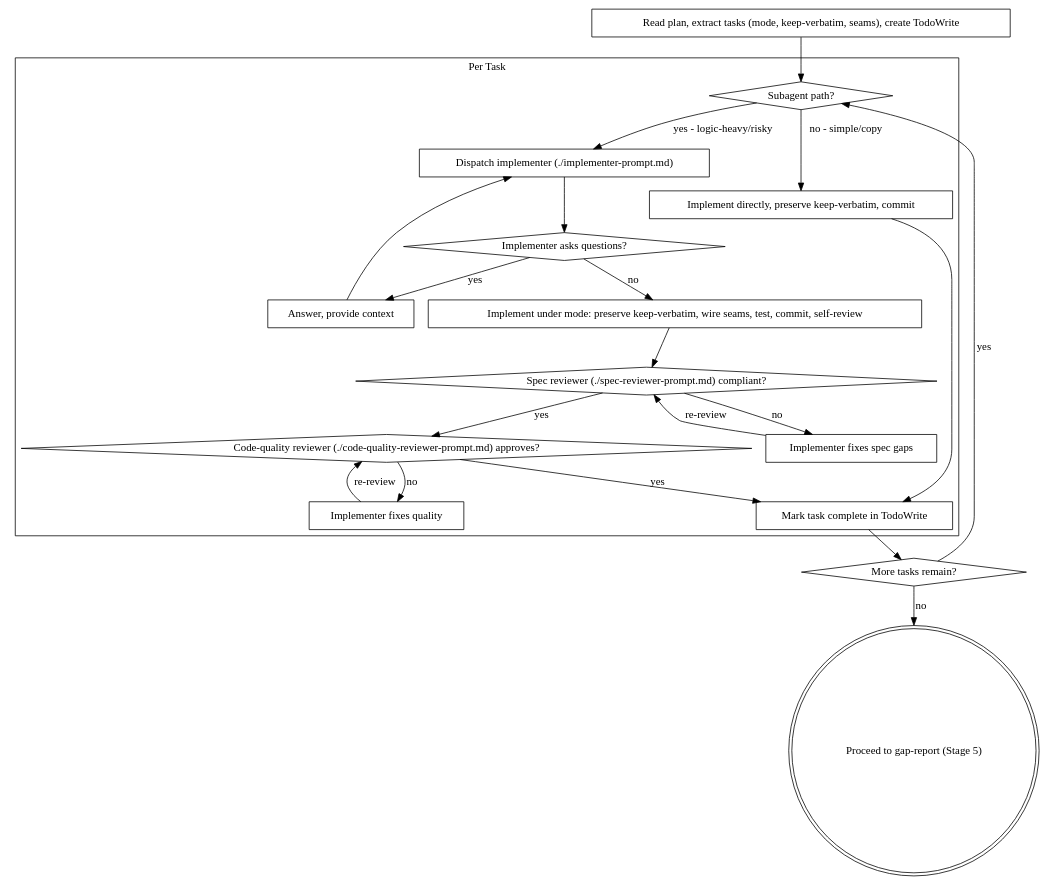
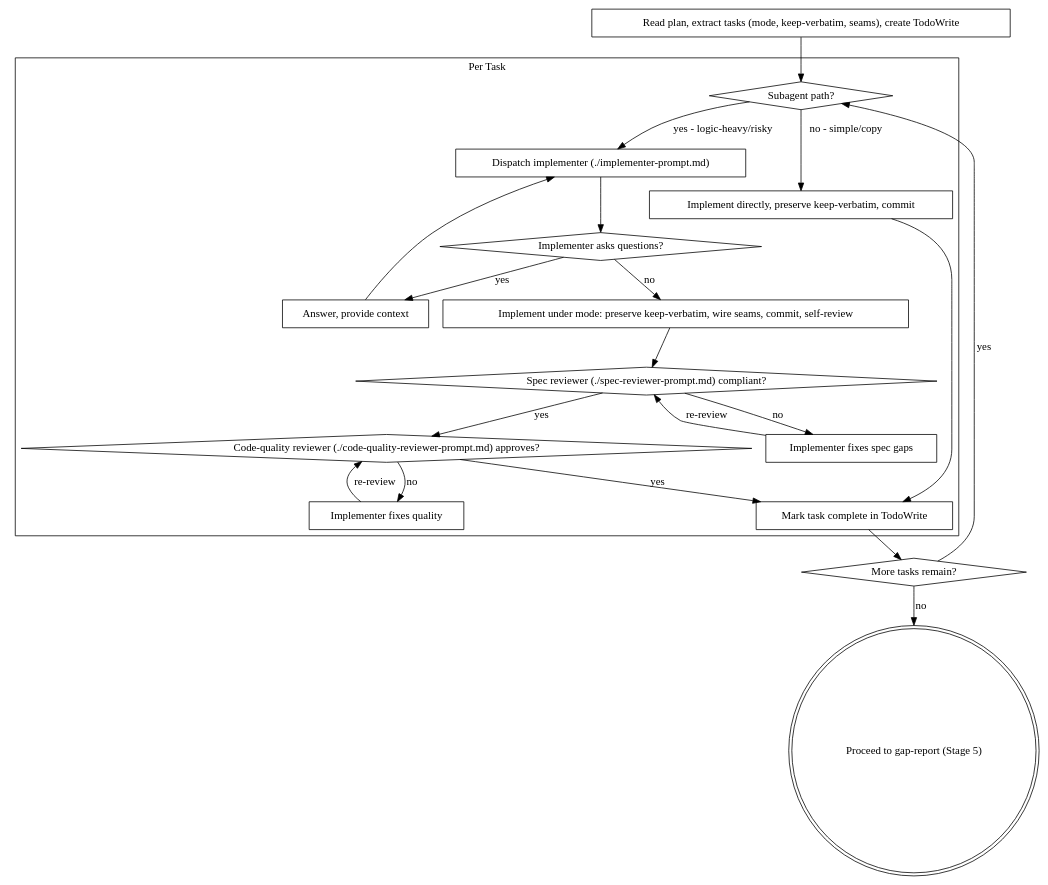
The second of 2 diagrams in skills/distillation-implementation/SKILL.md (duongnghia222/code-distilling), drawn with Graphviz before and after one commit. The commit also changed other lines of this file and 13 other files, not shown here.

````diff
--- a/skills/distillation-implementation/SKILL.md
+++ b/skills/distillation-implementation/SKILL.md
@@ -41,44 +41,44 @@
 ```dot
 digraph process {
     rankdir=TB;
 
     "Read plan, extract tasks (mode, keep-verbatim, seams), create TodoWrite" [shape=box];
 
     subgraph cluster_per_task {
         label="Per Task";
         "Subagent path?" [shape=diamond];
         "Dispatch implementer (./implementer-prompt.md)" [shape=box];
         "Implementer asks questions?" [shape=diamond];
         "Answer, provide context" [shape=box];
-        "Implement under mode: preserve keep-verbatim, wire seams, test, commit, self-review" [shape=box];
+        "Implement under mode: preserve keep-verbatim, wire seams, commit, self-review" [shape=box];
         "Implement directly, preserve keep-verbatim, commit" [shape=box];
         "Spec reviewer (./spec-reviewer-prompt.md) compliant?" [shape=diamond];
         "Implementer fixes spec gaps" [shape=box];
         "Code-quality reviewer (./code-quality-reviewer-prompt.md) approves?" [shape=diamond];
         "Implementer fixes quality" [shape=box];
         "Mark task complete in TodoWrite" [shape=box];
     }
 
     "More tasks remain?" [shape=diamond];
     "Proceed to gap-report (Stage 5)" [shape=doublecircle];
 
     "Read plan, extract tasks (mode, keep-verbatim, seams), create TodoWrite" -> "Subagent path?";
     "Subagent path?" -> "Dispatch implementer (./implementer-prompt.md)" [label="yes - logic-heavy/risky"];
     "Subagent path?" -> "Implement directly, preserve keep-verbatim, commit" [label="no - simple/copy"];
     "Dispatch implementer (./implementer-prompt.md)" -> "Implementer asks questions?";
     "Implementer asks questions?" -> "Answer, provide context" [label="yes"];
     "Answer, provide context" -> "Dispatch implementer (./implementer-prompt.md)";
-    "Implementer asks questions?" -> "Implement under mode: preserve keep-verbatim, wire seams, test, commit, self-review" [label="no"];
-    "Implement under mode: preserve keep-verbatim, wire seams, test, commit, self-review" -> "Spec reviewer (./spec-reviewer-prompt.md) compliant?";
+    "Implementer asks questions?" -> "Implement under mode: preserve keep-verbatim, wire seams, commit, self-review" [label="no"];
+    "Implement under mode: preserve keep-verbatim, wire seams, commit, self-review" -> "Spec reviewer (./spec-reviewer-prompt.md) compliant?";
     "Spec reviewer (./spec-reviewer-prompt.md) compliant?" -> "Implementer fixes spec gaps" [label="no"];
     "Implementer fixes spec gaps" -> "Spec reviewer (./spec-reviewer-prompt.md) compliant?" [label="re-review"];
     "Spec reviewer (./spec-reviewer-prompt.md) compliant?" -> "Code-quality reviewer (./code-quality-reviewer-prompt.md) approves?" [label="yes"];
     "Code-quality reviewer (./code-quality-reviewer-prompt.md) approves?" -> "Implementer fixes quality" [label="no"];
     "Implementer fixes quality" -> "Code-quality reviewer (./code-quality-reviewer-prompt.md) approves?" [label="re-review"];
     "Code-quality reviewer (./code-quality-reviewer-prompt.md) approves?" -> "Mark task complete in TodoWrite" [label="yes"];
     "Implement directly, preserve keep-verbatim, commit" -> "Mark task complete in TodoWrite";
     "Mark task complete in TodoWrite" -> "More tasks remain?";
     "More tasks remain?" -> "Subagent path?" [label="yes"];
     "More tasks remain?" -> "Proceed to gap-report (Stage 5)" [label="no"];
 }
 ```
````
